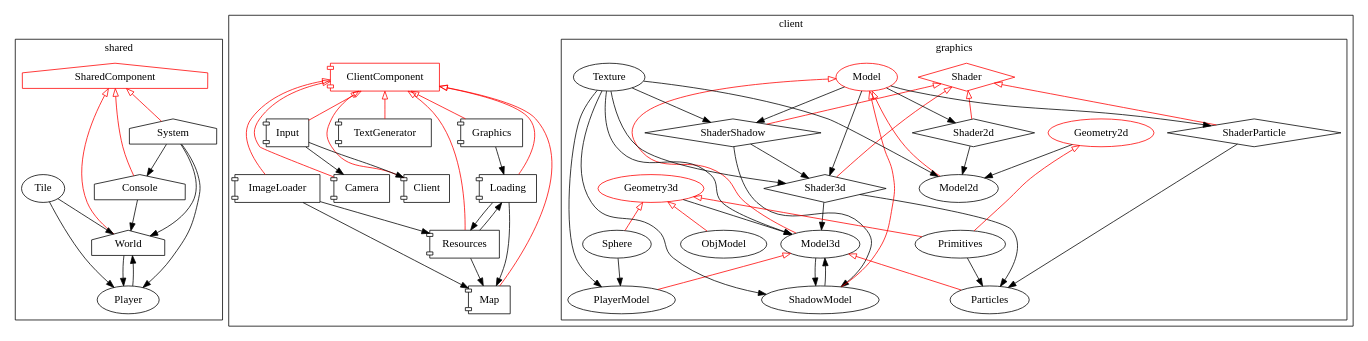
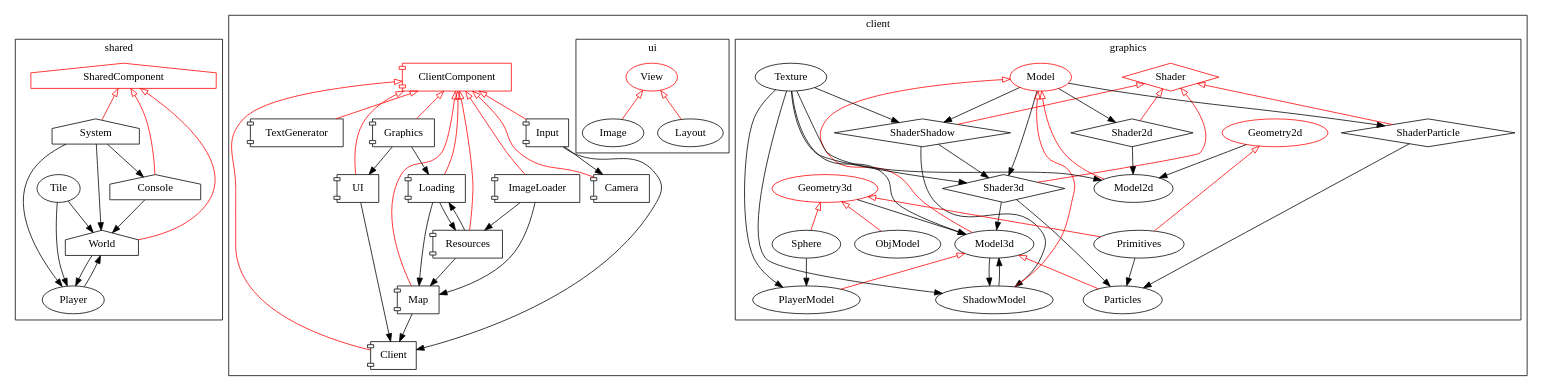
One commit to AsGreyWolf/Teeworlds3d changed the diagram in graph.dot. Above: the diagram before and after it, drawn with Graphviz. The commit also changed 21 other files, not shown here.

Commit message:
UI, Image and Layout

```diff
--- a/graph.dot
+++ b/graph.dot
@@ -1,160 +1,183 @@
  digraph tee3d {
  	subgraph cluster_0 {
  		label="shared";
  		SharedComponent [shape=house color=red];
  		Console [shape=house];
 	 	System [shape=house];
 	 	World [shape=house];
 	 	Tile;
 	 	Player;
 		SharedComponent->Console[color=red arrowhead=none arrowtail=empty dir=back];
 		SharedComponent->System[color=red arrowhead=none arrowtail=empty dir=back];
 		SharedComponent->World[color=red arrowhead=none arrowtail=empty dir=back];
 		World->Player;
 		System->Player;
 		Tile->Player;
 		Player->World;
 		Tile->World;
 		Console->World;
 		System->World;
 		System->Console;
  	}
  	subgraph cluster_1 {
  		label="client";
 	 	ClientComponent [shape=component color=red];
 	 	Client [shape=component];
 	 	Graphics [shape=component];
 	 	Camera [shape=component];
 	 	Resources [shape=component];
 	 	Input [shape=component];
 	 	Map [shape=component];
 	 	TextGenerator [shape=component];
 	 	ImageLoader [shape=component];
 	 	Loading [shape=component];
+	 	UI [shape=component];
 
 		ClientComponent->Camera[color=red arrowhead=none arrowtail=empty dir=back];
 		ClientComponent->Client[color=red arrowhead=none arrowtail=empty dir=back];
 		ClientComponent->Graphics[color=red arrowhead=none arrowtail=empty dir=back];
 		ClientComponent->Resources[color=red arrowhead=none arrowtail=empty dir=back];
 		ClientComponent->Input[color=red arrowhead=none arrowtail=empty dir=back];
 		ClientComponent->Map[color=red arrowhead=none arrowtail=empty dir=back];
 		ClientComponent->TextGenerator[color=red arrowhead=none arrowtail=empty dir=back];
 		ClientComponent->ImageLoader[color=red arrowhead=none arrowtail=empty dir=back];
 		ClientComponent->Loading[color=red arrowhead=none arrowtail=empty dir=back];
+		ClientComponent->UI[color=red arrowhead=none arrowtail=empty dir=back];
 
 		Input->Client;
 		Input->Camera;
-
 		ImageLoader->Map;
 		ImageLoader->Resources->Map;
 		Loading->Map;
 		Loading->Resources;
 		Graphics->Loading;
 		Resources->Loading;
+		Graphics->UI;
+		UI->Client;
+		Map->Client;
 
 	 	subgraph cluster_2 {
 	 		label="graphics";
 			Shader [shape=diamond color=red];
 			Shader3d [shape=diamond];
 			ShaderShadow [shape=diamond];
 			Shader2d [shape=diamond];
 			ShaderParticle [shape=diamond];
 			Model [color=red];
 			Geometry3d[color=red];
 			Geometry2d[color=red];
 			Model3d;
 			Model2d;
 			ShadowModel;
 			PlayerModel;
 			Particles;
 			ObjModel;
 			Primitives;
 			Sphere;
 			Texture;
 			Model->Model3d->PlayerModel[color=red arrowhead=none arrowtail=empty dir=back];
 			Model->ShadowModel[color=red arrowhead=none arrowtail=empty dir=back];
 			Model->Model2d[color=red arrowhead=none arrowtail=empty dir=back];
 			Shader->Shader3d[color=red arrowhead=none arrowtail=empty dir=back];
 			Shader->ShaderShadow[color=red arrowhead=none arrowtail=empty dir=back];
 			Shader->ShaderParticle[color=red arrowhead=none arrowtail=empty dir=back];
 			Shader->Shader2d[color=red arrowhead=none arrowtail=empty dir=back];
 			Geometry3d->ObjModel[color=red arrowhead=none arrowtail=empty dir=back];
 			Geometry3d->Primitives[color=red arrowhead=none arrowtail=empty dir=back];
 			Geometry3d->Sphere[color=red arrowhead=none arrowtail=empty dir=back];
 			Geometry2d->Primitives[color=red arrowhead=none arrowtail=empty dir=back];
 			Model3d->Particles[color=red arrowhead=none arrowtail=empty dir=back];
 
 			Shader3d->Model3d;
 			Texture->Model3d;
 			ShadowModel->Model3d;
 			Geometry3d->Model3d;
 			Shader2d->Model2d;
 			Texture->Model2d;
 			Geometry2d->Model2d;
 			Texture->PlayerModel;
 			Sphere->PlayerModel;
 			Model->Shader3d;
 			Texture->Shader3d;
 			ShaderShadow->Shader3d;
 			Model->Shader2d;
 			Texture->ShaderShadow;
 			Model->ShaderShadow;
 			Model->ShaderParticle;
 			Model3d->ShadowModel;
 			ShaderShadow->ShadowModel;
 			Texture->ShadowModel;
 			Shader3d->Particles;
 			ShaderParticle->Particles;
 			Primitives->Particles;
 	 	}
 	 	/*
 		Graphics->Model3d;
 		Graphics->Model2d;
 		Resources->PlayerModel;
 		Camera->Shader3d;
 		Graphics->Shader3d;
 		Graphics->Shader2d;
 		Shader->Graphics;
 		Camera->ShaderShadow;
 		Graphics->ShaderShadow;
 		Camera->ShaderParticle;
 		Graphics->ShaderParticle;
+		Loading->PlayerModel;
 
 		PlayerModel->Resources;
 		Texture->Resources;
 		Model3d->Resources;
 		Primitives->Resources;
 		ObjModel->Resources;
 		Model3d->Map;
 		PlayerModel->Map;
 		Primitives->Map;
 		Texture->TextGenerator;
 		Texture->ImageLoader;
 		Model2d->Loading;
-		Primitives->Loading;*/
+		Primitives->Loading;
+		*/
+		subgraph cluster_3 {
+			label="ui";
+			View[color=red];
+			Layout;
+			Image;
+			View->Layout[color=red arrowhead=none arrowtail=empty dir=back];
+			View->Image[color=red arrowhead=none arrowtail=empty dir=back];
+		}
+		/*
+		Texture->Image;
+		Model2d->Image;
+		Primitives->Image;
+
+		UI->View;
+
+		Layout->UI;
+		*/
  	}
  	/*
 	SharedComponent->ClientComponent[color=red arrowhead=none arrowtail=empty dir=back];
 	System->Camera;
 	Map->Client;
 	Console->Client;
 	Console->Graphics;
 	System->Resources;
 	World->Map;
 	Tile->Map;
 	Console->TextGenerator;
 	System->TextGenerator;
 	Console->ImageLoader;
 	System->ImageLoader;
 	System->Loading;
 
 		Player->PlayerModel;
 		System->PlayerModel;
 		Console->Shader;
 		System->Shader;
 		System->Texture;
 		Graphics->Texture;
 		System->ObjModel;
 		System->ShaderParticle;
 		*/
 }
```
